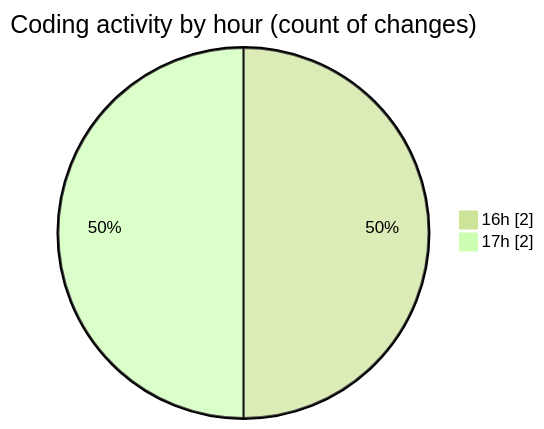
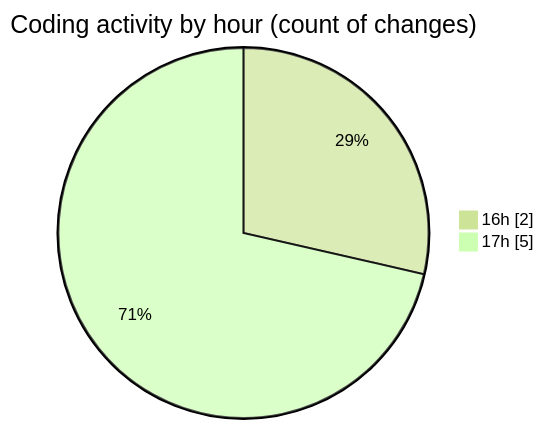
One commit to Elitesun/code-tracking changed the second of 2 diagrams in 2025-01-24/react/README.md. Above: the diagram before and after it, drawn with Mermaid (forest theme). The commit also changed other lines of this file and 1 other file, not shown here.

````diff
--- a/2025-01-24/react/README.md
+++ b/2025-01-24/react/README.md
@@ -30,6 +31,6 @@
 ```mermaid
 pie showData
 title Coding activity by hour (count of changes)
 "16h" : 2
-"17h" : 2
+"17h" : 5
 ```
````
